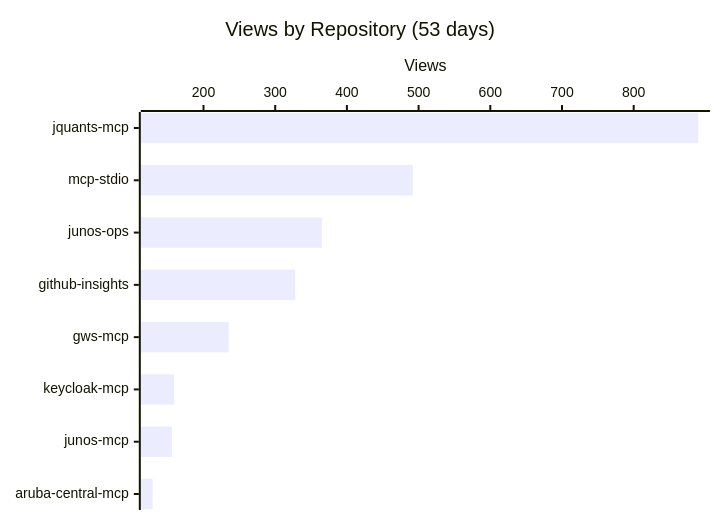
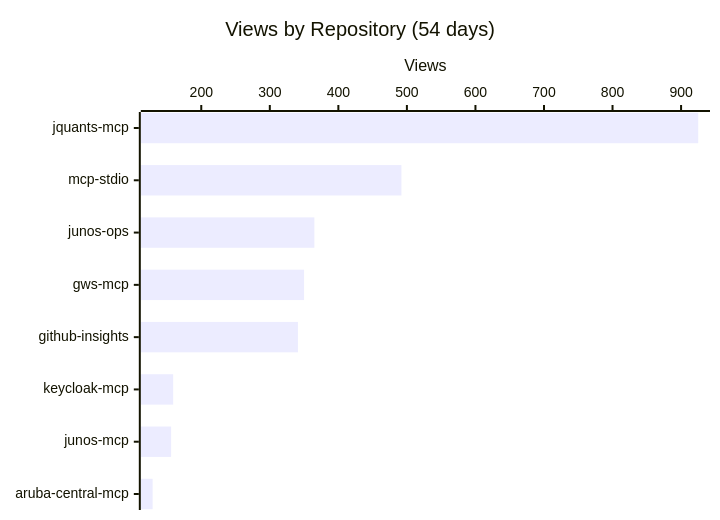
One commit to shigechika/github-insights changed the first of 3 diagrams in README.md. Above: the diagram before and after it, drawn with Mermaid. The commit also changed other lines of this file and 2 other files, not shown here.

````diff
--- a/README.md
+++ b/README.md
@@ -18,7 +18,7 @@
 ```mermaid
 xychart-beta horizontal
-    title "Views by Repository (53 days)"
-    x-axis ["jquants-mcp", "mcp-stdio", "junos-ops", "github-insights", "gws-mcp", "keycloak-mcp", "junos-mcp", "aruba-central-mcp"]
+    title "Views by Repository (54 days)"
+    x-axis ["jquants-mcp", "mcp-stdio", "junos-ops", "gws-mcp", "github-insights", "keycloak-mcp", "junos-mcp", "aruba-central-mcp"]
     y-axis "Views"
-    bar [890, 492, 365, 328, 235, 159, 156, 129]
+    bar [925, 492, 365, 350, 341, 159, 156, 129]
 ```
````
